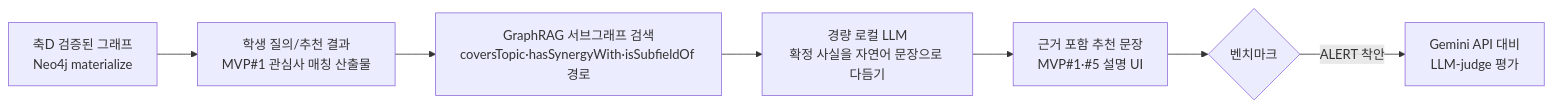
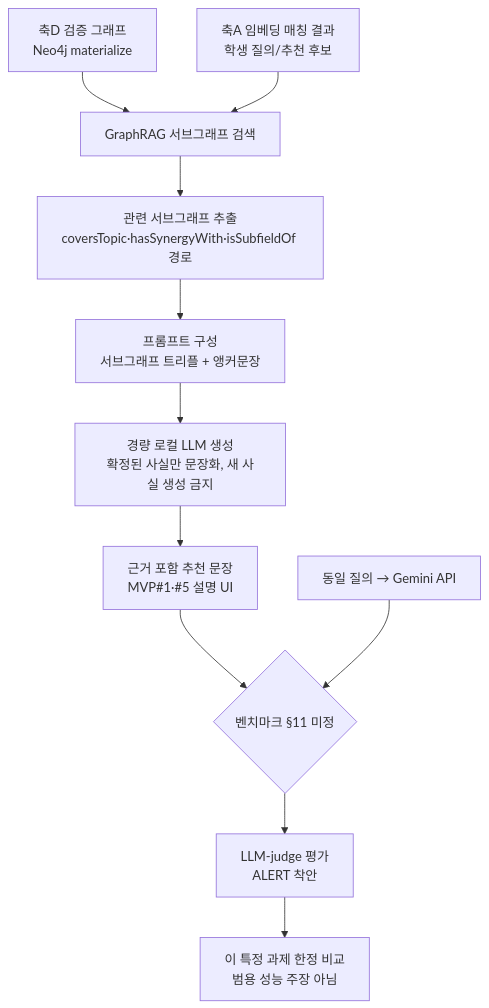
One commit to sternjeong/UGRP_2026 changed the fourth of 5 diagrams in PROJECT_DESIGN.md. Above: the diagram before and after it, drawn with Mermaid. The commit also changed other lines of this file and 1 other file, not shown here.

First line of the commit message:
Expand axis-D and axis-E flow diagrams with per-relation detail

````diff
--- a/PROJECT_DESIGN.md
+++ b/PROJECT_DESIGN.md
@@ -416,9 +429,14 @@
 ```mermaid
-flowchart LR
-    E1[축D 검증된 그래프<br/>Neo4j materialize] --> E2[학생 질의/추천 결과<br/>MVP#1 관심사 매칭 산출물]
-    E2 --> E3[GraphRAG 서브그래프 검색<br/>coversTopic·hasSynergyWith·isSubfieldOf 경로]
-    E3 --> E4[경량 로컬 LLM<br/>확정 사실을 자연어 문장으로 다듬기]
-    E4 --> E5[근거 포함 추천 문장<br/>MVP#1·#5 설명 UI]
-    E5 --> E6{벤치마크}
-    E6 -->|ALERT 착안| E7[Gemini API 대비<br/>LLM-judge 평가]
+flowchart TD
+    IN1[축D 검증 그래프<br/>Neo4j materialize] --> RAG[GraphRAG 서브그래프 검색]
+    IN2[축A 임베딩 매칭 결과<br/>학생 질의/추천 후보] --> RAG
+    RAG --> SUB["관련 서브그래프 추출<br/>coversTopic·hasSynergyWith·isSubfieldOf 경로"]
+    SUB --> PROMPT[프롬프트 구성<br/>서브그래프 트리플 + 앵커문장]
+    PROMPT --> GEN["경량 로컬 LLM 생성<br/>확정된 사실만 문장화, 새 사실 생성 금지"]
+    GEN --> OUT[근거 포함 추천 문장<br/>MVP#1·#5 설명 UI]
+
+    OUT --> BENCH{벤치마크 §11 미정}
+    GEMINI[동일 질의 → Gemini API] --> BENCH
+    BENCH --> JUDGE["LLM-judge 평가<br/>ALERT 착안"]
+    JUDGE --> SCORE["이 특정 과제 한정 비교<br/>범용 성능 주장 아님"]
 ```
````
